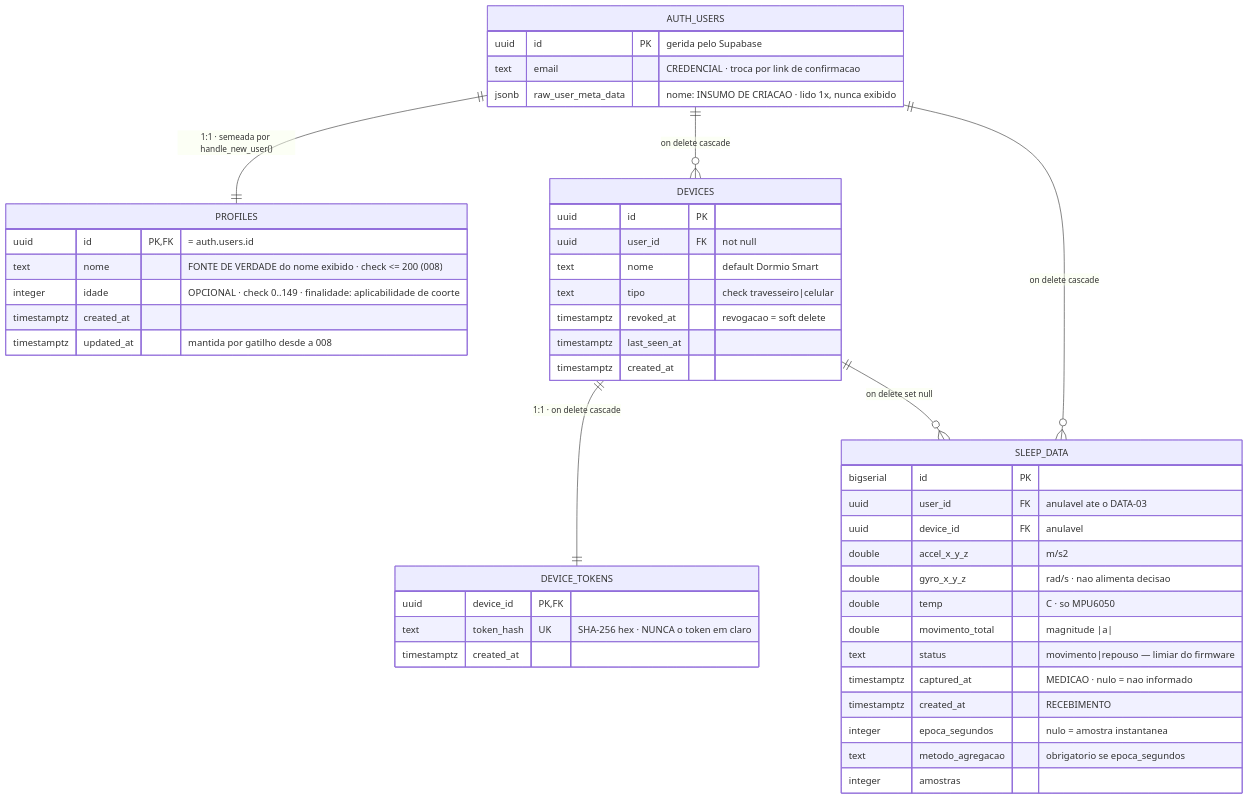
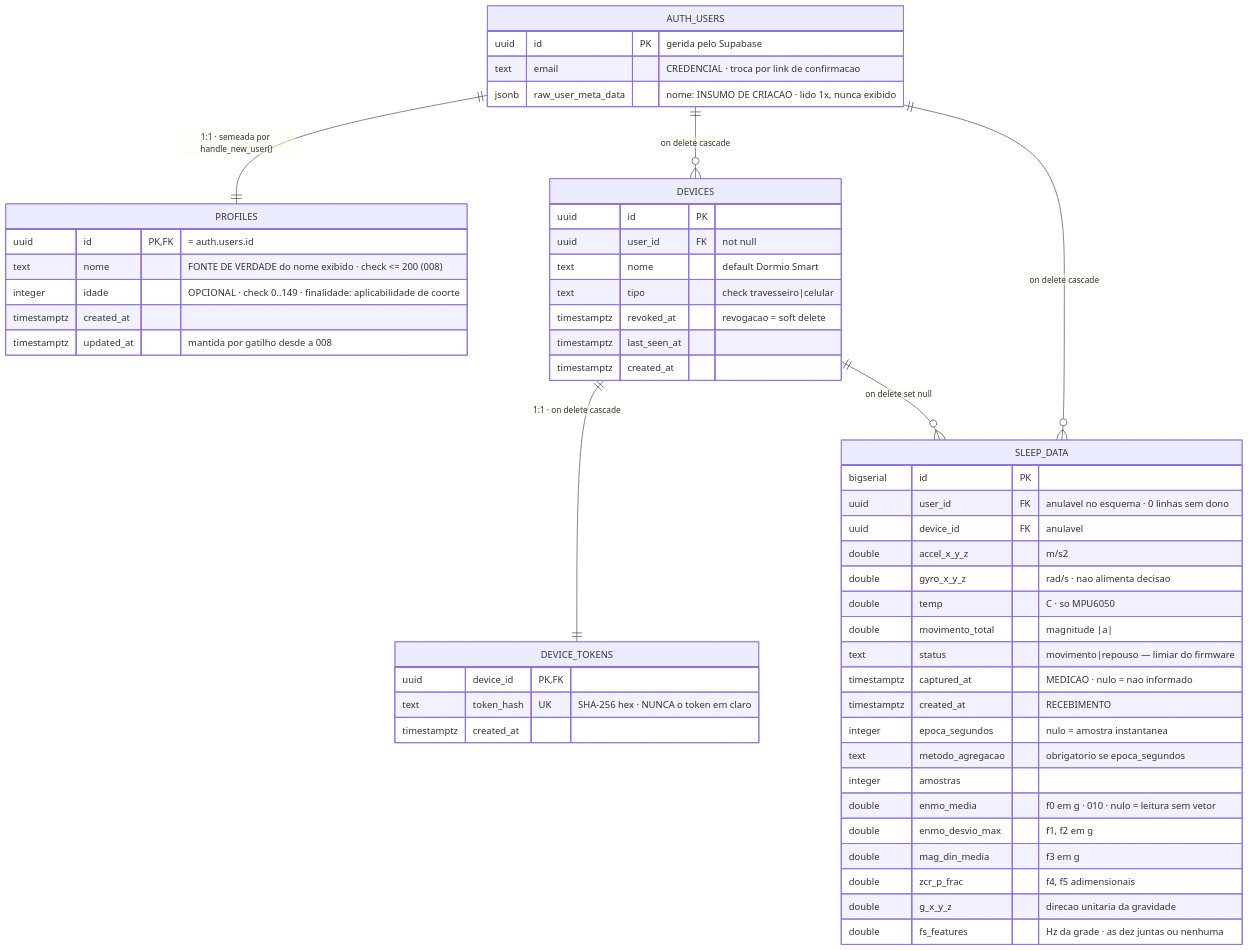
One commit to vitormendes4072/DormioSmart changed the first of 3 diagrams in docs/diagramas/DIAG-04-modelo-de-dados-e-seguranca.md. Above: the diagram before and after it, drawn with Mermaid. The commit also changed other lines of this file and 10 other files, not shown here.

````diff
--- a/docs/diagramas/DIAG-04-modelo-de-dados-e-seguranca.md
+++ b/docs/diagramas/DIAG-04-modelo-de-dados-e-seguranca.md
@@ -33,50 +35,56 @@
 ```mermaid
 erDiagram
     AUTH_USERS ||--|| PROFILES : "1:1 · semeada por handle_new_user()"
     AUTH_USERS ||--o{ DEVICES : "on delete cascade"
     AUTH_USERS ||--o{ SLEEP_DATA : "on delete cascade"
     DEVICES ||--|| DEVICE_TOKENS : "1:1 · on delete cascade"
     DEVICES ||--o{ SLEEP_DATA : "on delete set null"
 
     AUTH_USERS {
         uuid id PK "gerida pelo Supabase"
         text email "CREDENCIAL · troca por link de confirmacao"
         jsonb raw_user_meta_data "nome: INSUMO DE CRIACAO · lido 1x, nunca exibido"
     }
     PROFILES {
         uuid id PK,FK "= auth.users.id"
         text nome "FONTE DE VERDADE do nome exibido · check <= 200 (008)"
         integer idade "OPCIONAL · check 0..149 · finalidade: aplicabilidade de coorte"
         timestamptz created_at
         timestamptz updated_at "mantida por gatilho desde a 008"
     }
     DEVICES {
         uuid id PK
         uuid user_id FK "not null"
         text nome "default Dormio Smart"
         text tipo "check travesseiro|celular"
         timestamptz revoked_at "revogacao = soft delete"
         timestamptz last_seen_at
         timestamptz created_at
     }
     DEVICE_TOKENS {
         uuid device_id PK,FK
         text token_hash UK "SHA-256 hex · NUNCA o token em claro"
         timestamptz created_at
     }
     SLEEP_DATA {
         bigserial id PK
-        uuid user_id FK "anulavel ate o DATA-03"
+        uuid user_id FK "anulavel no esquema · 0 linhas sem dono"
         uuid device_id FK "anulavel"
         double accel_x_y_z "m/s2"
         double gyro_x_y_z "rad/s · nao alimenta decisao"
         double temp "C · so MPU6050"
         double movimento_total "magnitude |a|"
         text status "movimento|repouso — limiar do firmware"
         timestamptz captured_at "MEDICAO · nulo = nao informado"
         timestamptz created_at "RECEBIMENTO"
         integer epoca_segundos "nulo = amostra instantanea"
         text metodo_agregacao "obrigatorio se epoca_segundos"
         integer amostras
+        double enmo_media "f0 em g · 010 · nulo = leitura sem vetor"
+        double enmo_desvio_max "f1, f2 em g"
+        double mag_din_media "f3 em g"
+        double zcr_p_frac "f4, f5 adimensionais"
+        double g_x_y_z "direcao unitaria da gravidade"
+        double fs_features "Hz da grade · as dez juntas ou nenhuma"
     }
 ```
````
